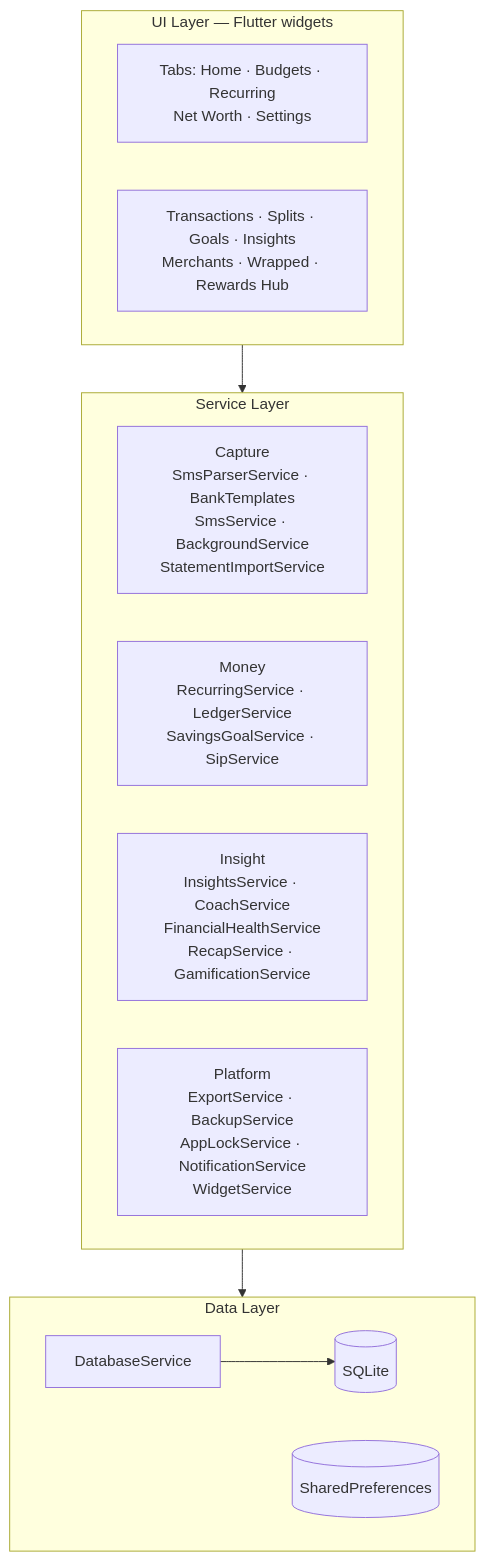
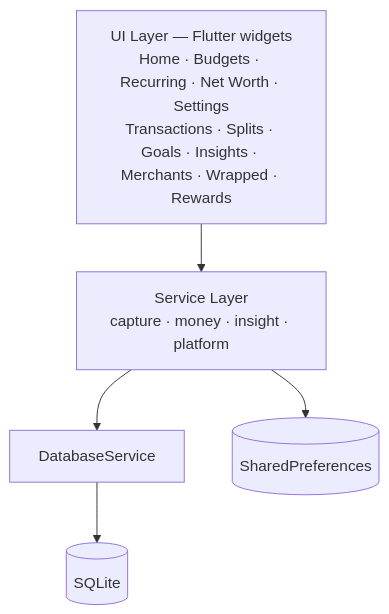
Before and after one commit to Yolo-cell-hash/budgetify: the ninth of 9 diagrams in README.md, drawn with Mermaid. The commit also changed other lines of this file, not shown here.

Commit message:
Make the architecture diagram a flow again, not an inventory
mermaid ignores a subgraph's `direction` when the subgraph takes part in
an edge, so the previous grouping still stacked vertically and rendered
~1700px tall. A flowchart is the wrong shape for a list of 19 services:
keep the diagram to the actual three-layer flow, and move the service
inventory to a table, which is both readable and easy to keep current.

````diff
--- a/README.md
+++ b/README.md
@@ -363,25 +365,9 @@
 ```mermaid
 flowchart TD
-  subgraph UI["UI Layer — Flutter widgets"]
-    direction LR
-    Tabs["Tabs: Home · Budgets · Recurring<br/>Net Worth · Settings"]
-    Deep["Transactions · Splits · Goals · Insights<br/>Merchants · Wrapped · Rewards Hub"]
-  end
-
-  subgraph SVC["Service Layer"]
-    direction LR
-    Cap["Capture<br/>SmsParserService · BankTemplates<br/>SmsService · BackgroundService<br/>StatementImportService"]
-    Money["Money<br/>RecurringService · LedgerService<br/>SavingsGoalService · SipService"]
-    Think["Insight<br/>InsightsService · CoachService<br/>FinancialHealthService<br/>RecapService · GamificationService"]
-    Plat["Platform<br/>ExportService · BackupService<br/>AppLockService · NotificationService<br/>WidgetService"]
-  end
-
-  subgraph DATA["Data Layer"]
-    direction LR
-    DBService[DatabaseService] --> SQLite[("SQLite")]
-    Prefs[("SharedPreferences")]
-  end
-
+  UI["UI Layer — Flutter widgets<br/>Home · Budgets · Recurring · Net Worth · Settings<br/>Transactions · Splits · Goals · Insights · Merchants · Wrapped · Rewards"]
+  SVC["Service Layer<br/>capture · money · insight · platform"]
   UI --> SVC
-  SVC --> DATA
+  SVC --> DBService["DatabaseService"]
+  SVC --> Prefs[("SharedPreferences")]
+  DBService --> SQLite[("SQLite")]
 ```
````
